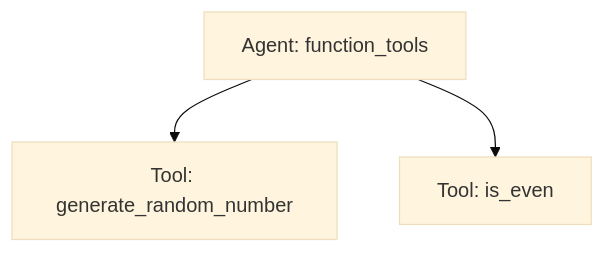
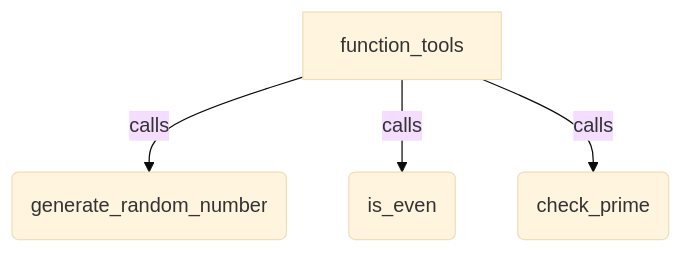
One commit to venkateshpabbati/adk-python changed the diagram in contributing/samples/tools/function_tools/README.md. Above: the diagram before and after it, drawn with Mermaid (base theme). The commit also changed other lines of this file and 14 other files, not shown here.

First line of the commit message:
feat(tools): run non-live generator FunctionTools via FunctionNode

````diff
--- a/contributing/samples/tools/function_tools/README.md
+++ b/contributing/samples/tools/function_tools/README.md
@@ -21,5 +25,6 @@
 ```mermaid
 graph TD
-    Agent[Agent: function_tools] --> Tool1[Tool: generate_random_number]
-    Agent --> Tool2[Tool: is_even]
+    Agent[function_tools] -->|calls| Tool1(generate_random_number)
+    Agent -->|calls| Tool2(is_even)
+    Agent -->|calls| Tool3(check_prime)
 ```
````
